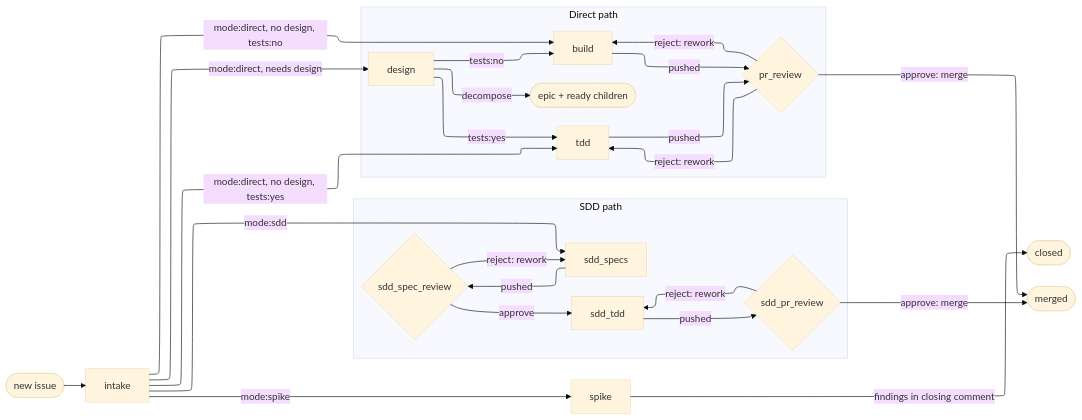
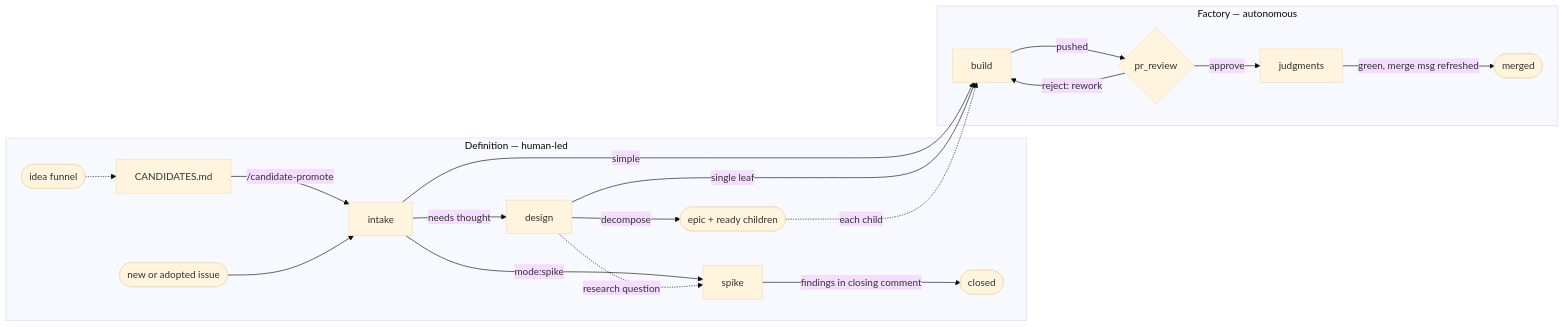
The diagram in software-factory/software-factory.md (GeoffNordling/dev-playbook), drawn with Mermaid (base theme) before and after one commit. The commit also changed other lines of this file and 60 other files, not shown here.

First line of the commit message:
Split the software factory into a definition region and a factory region (#292)

````diff
--- a/software-factory/software-factory.md
+++ b/software-factory/software-factory.md
@@ -45,32 +34,24 @@
 ```mermaid
-%%{init: {'flowchart': {'defaultRenderer': 'elk'}}}%%
 flowchart LR
-    new([new issue]) --> intake[intake]
-    intake -->|mode:sdd| sdd_specs[sdd_specs]
-    intake -->|mode:direct, needs design| design[design]
-    intake -->|mode:direct, no design, tests:yes| tdd[tdd]
-    intake -->|mode:direct, no design, tests:no| build[build]
-    intake -->|mode:spike| spike[spike]
-
-    subgraph sdd[SDD path]
-        sdd_specs -->|pushed| sdd_spec_review{sdd_spec_review}
-        sdd_spec_review -->|reject: rework| sdd_specs
-        sdd_spec_review -->|approve| sdd_tdd[sdd_tdd]
-        sdd_tdd -->|pushed| sdd_pr_review{sdd_pr_review}
-        sdd_pr_review -->|reject: rework| sdd_tdd
+    subgraph definition[Definition — human-led]
+        ideas([idea funnel]) -.-> cand[CANDIDATES.md]
+        cand -->|/candidate-promote| intake[intake]
+        stub([new or adopted issue]) --> intake
+        intake -->|needs thought| design[design]
+        intake -->|mode:spike| spike[spike]
+        design -.->|research question| spike
+        design -->|decompose| epic([epic + ready children])
+        spike -->|findings in closing comment| closed([closed])
     end
 
-    subgraph direct[Direct path]
-        design -->|tests:yes| tdd
-        design -->|tests:no| build
-        design -->|decompose| decomposed([epic + ready children])
-        tdd -->|pushed| pr_review{pr_review}
-        build -->|pushed| pr_review
-        pr_review -->|reject: rework| tdd
+    subgraph factory[Factory — autonomous]
+        build[build] -->|pushed| pr_review{pr_review}
         pr_review -->|reject: rework| build
+        pr_review -->|approve| judgments[judgments]
+        judgments -->|green, merge msg refreshed| done([merged])
     end
 
-    spike -->|findings in closing comment| closed([closed])
-    sdd_pr_review -->|approve: merge| done([merged])
-    pr_review -->|approve: merge| done
+    intake -->|simple| build
+    design -->|single leaf| build
+    epic -.->|each child| build
 ```
````
